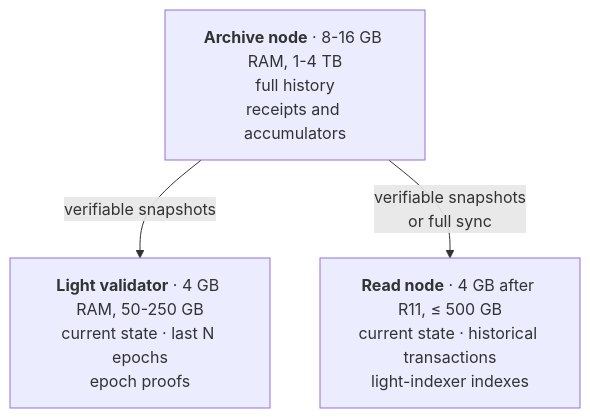
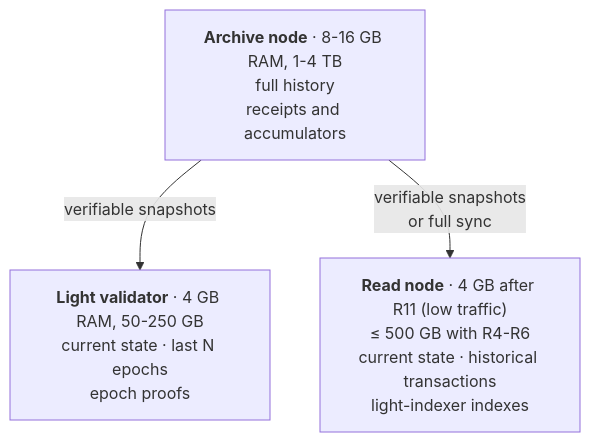
The fourth of 4 diagrams in docs/en/09-lighter-nodes.md (dazligth/radix-decentralization-roadmap), drawn with Mermaid before and after one commit. The commit also changed other lines of this file and 32 other files, not shown here.

First line of the commit message:
Add chapter 13, decentralised history, detailed roadmap and review fixes

````diff
--- a/docs/en/09-lighter-nodes.md
+++ b/docs/en/09-lighter-nodes.md
@@ -437,8 +451,8 @@
 ```mermaid
 flowchart TB
     A["<b>Archive node</b> · 8-16 GB RAM, 1-4 TB<br/>full history<br/>receipts and accumulators"]
     V["<b>Light validator</b> · 4 GB RAM, 50-250 GB<br/>current state · last N epochs<br/>epoch proofs"]
-    R["<b>Read node</b> · 4 GB after R11, ≤ 500 GB<br/>current state · historical transactions<br/>light-indexer indexes"]
+    R["<b>Read node</b> · 4 GB after R11 (low traffic)<br/>≤ 500 GB with R4-R6<br/>current state · historical transactions<br/>light-indexer indexes"]
     A -->|"verifiable snapshots"| V
     A -->|"verifiable snapshots<br/>or full sync"| R
 ```
````
